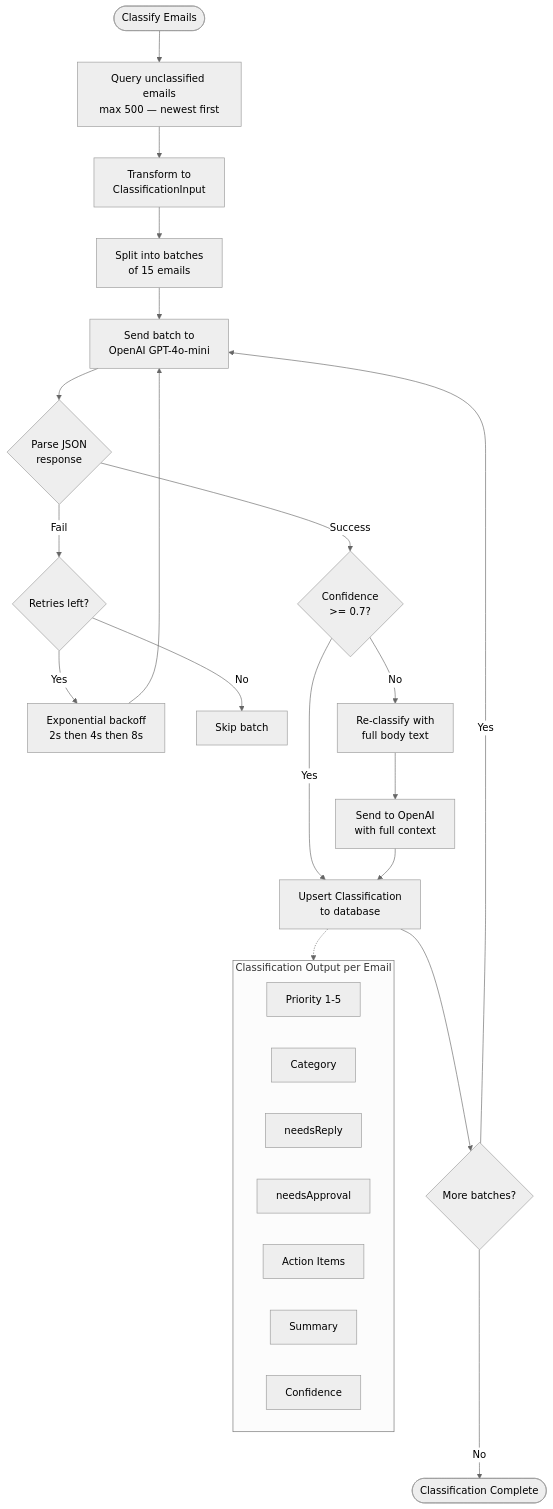
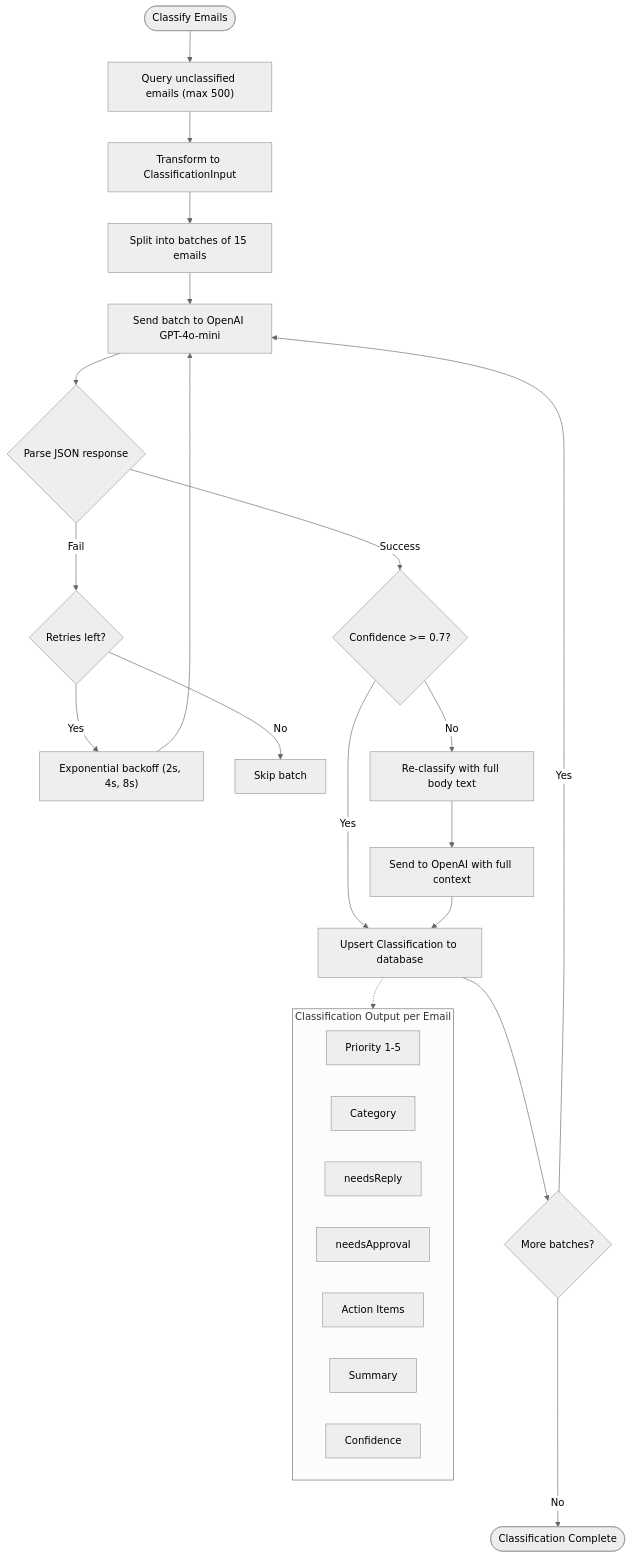
One commit to viditkbhatnagar/Email-Agent changed the fifth of 9 diagrams in README.md. Above: the diagram before and after it, drawn with Mermaid (neutral theme). The commit also changed other lines of this file, not shown here.

First line of the commit message:
Fix Mermaid diagrams: replace HTML br tags with GitHub-compatible syntax

````diff
--- a/README.md
+++ b/README.md
@@ -205,37 +205,37 @@
 ```mermaid
 flowchart TD
-    START([Classify Emails]) --> QUERY[Query unclassified emails<br/>max 500 — newest first]
-    QUERY --> TRANSFORM[Transform to<br/>ClassificationInput]
-    TRANSFORM --> BATCH[Split into batches<br/>of 15 emails]
-    BATCH --> API_CALL[Send batch to<br/>OpenAI GPT-4o-mini]
+    START([Classify Emails]) --> QUERY["Query unclassified emails (max 500)"]
+    QUERY --> TRANSFORM["Transform to ClassificationInput"]
+    TRANSFORM --> BATCH["Split into batches of 15 emails"]
+    BATCH --> API_CALL["Send batch to OpenAI GPT-4o-mini"]
 
-    API_CALL --> PARSE{Parse JSON<br/>response}
-    PARSE -->|Success| CHECK_CONF{Confidence<br/>>= 0.7?}
-    PARSE -->|Fail| RETRY{Retries left?}
-    RETRY -->|Yes| BACKOFF[Exponential backoff<br/>2s then 4s then 8s]
+    API_CALL --> PARSE{"Parse JSON response"}
+    PARSE -->|Success| CHECK_CONF{"Confidence >= 0.7?"}
+    PARSE -->|Fail| RETRY{"Retries left?"}
+    RETRY -->|Yes| BACKOFF["Exponential backoff (2s, 4s, 8s)"]
     BACKOFF --> API_CALL
     RETRY -->|No| SKIP[Skip batch]
 
-    CHECK_CONF -->|Yes| STORE[Upsert Classification<br/>to database]
-    CHECK_CONF -->|No| RECLASS[Re-classify with<br/>full body text]
+    CHECK_CONF -->|Yes| STORE["Upsert Classification to database"]
+    CHECK_CONF -->|No| RECLASS["Re-classify with full body text"]
 
-    RECLASS --> API_CALL_2[Send to OpenAI<br/>with full context]
+    RECLASS --> API_CALL_2["Send to OpenAI with full context"]
     API_CALL_2 --> STORE
 
     STORE --> NEXT{More batches?}
     NEXT -->|Yes| API_CALL
     NEXT -->|No| DONE([Classification Complete])
 
     subgraph Output["Classification Output per Email"]
         direction LR
         O1[Priority 1-5]
         O2[Category]
         O3[needsReply]
         O4[needsApproval]
         O5[Action Items]
         O6[Summary]
         O7[Confidence]
     end
 
     STORE -.-> Output
 ```
````
